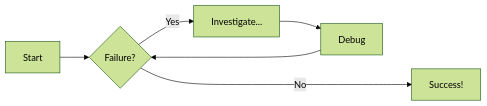
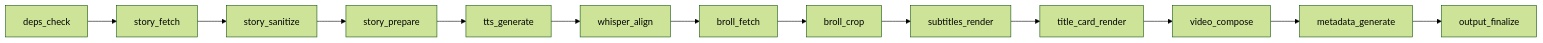
One commit to tuckertrostbyui/PyReel changed the diagram in docs/code-examples.md. Above: the diagram before and after it, drawn with Mermaid (forest theme). The commit also changed other lines of this file and 3 other files, not shown here.

````diff
--- a/docs/code-examples.md
+++ b/docs/code-examples.md
@@ -40,8 +292,15 @@
 ```mermaid
 graph LR
-  A[Start] --> B{Failure?};
-  B -->|Yes| C[Investigate...];
-  C --> D[Debug];
-  D --> B;
-  B ---->|No| E[Success!];
+    A[deps_check] --> B[story_fetch]
+    B --> C[story_sanitize]
+    C --> D[story_prepare]
+    D --> E[tts_generate]
+    E --> F[whisper_align]
+    F --> G[broll_fetch]
+    G --> H[broll_crop]
+    H --> I[subtitles_render]
+    I --> J[title_card_render]
+    J --> K[video_compose]
+    K --> L[metadata_generate]
+    L --> M[output_finalize]
 ```
````
